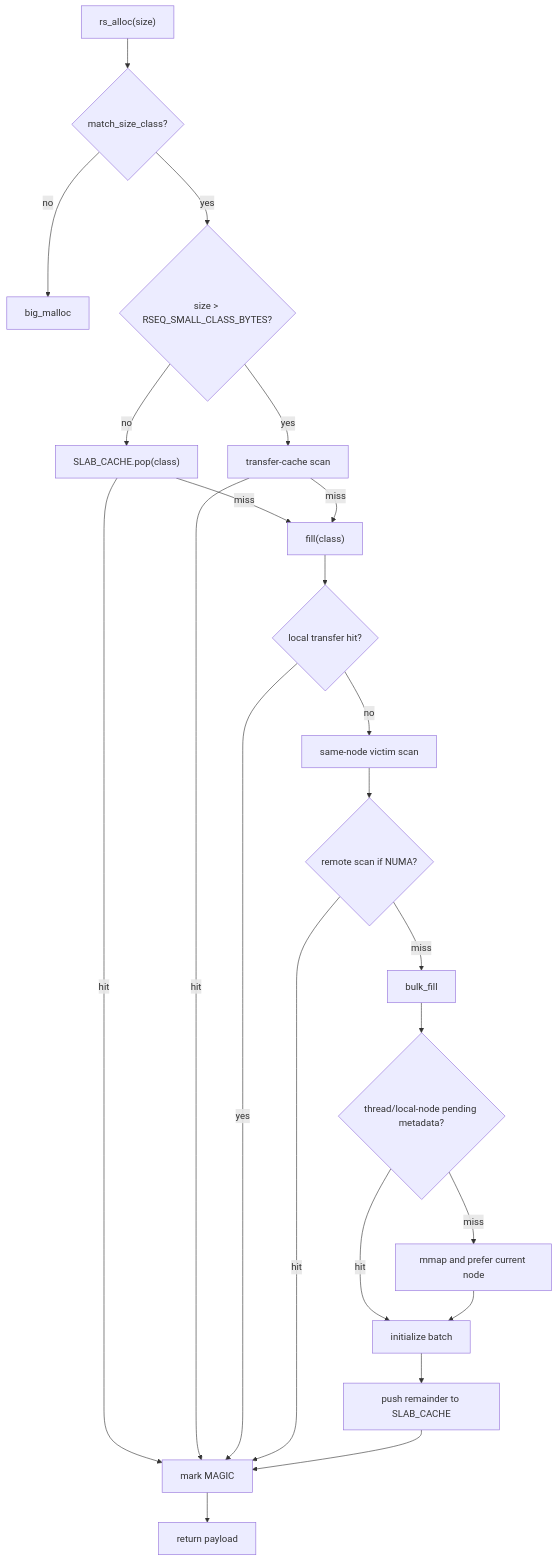
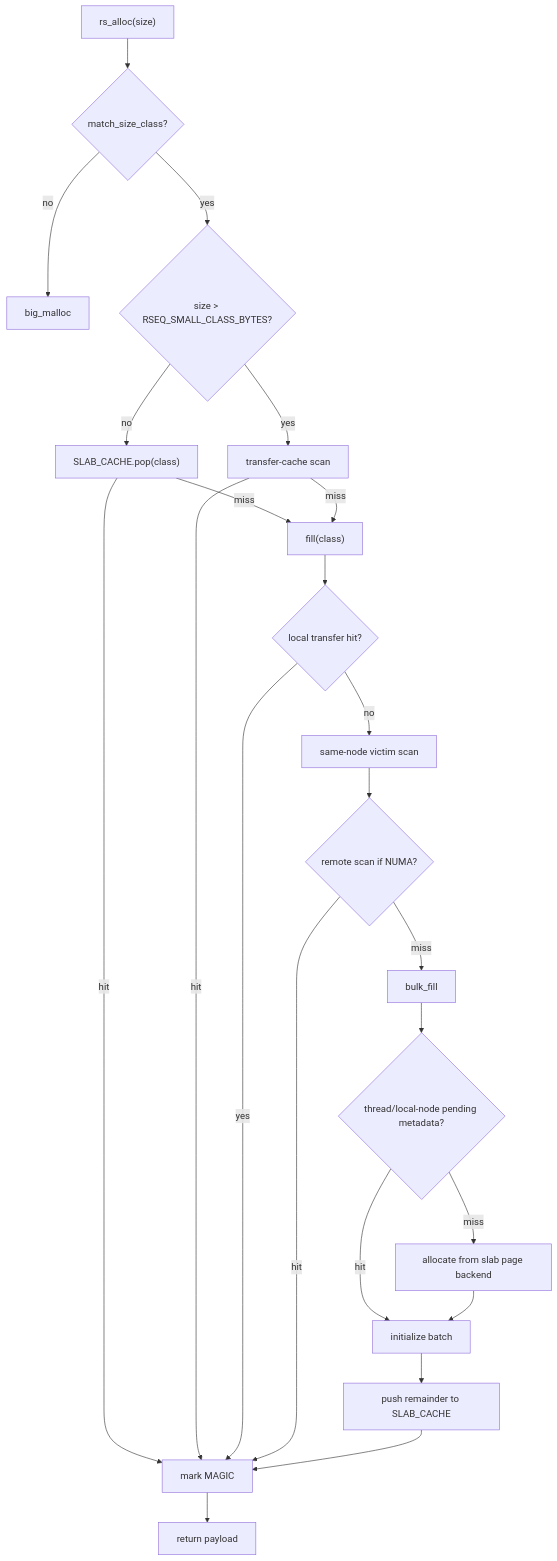
The second of 4 diagrams in architecture.md (Metehan120/rsmalloc), drawn with Mermaid before and after one commit. The commit also changed other lines of this file and 4 other files, not shown here.

Commit message:
no huge page option for page backend

````diff
--- a/architecture.md
+++ b/architecture.md
@@ -113,25 +118,25 @@
 ```mermaid
 flowchart TD
     A["rs_alloc(size)"] --> B{"match_size_class?"}
     B -- "no" --> BIG["big_malloc"]
     B -- "yes" --> C{"size > RSEQ_SMALL_CLASS_BYTES?"}
     C -- "no" --> S["SLAB_CACHE.pop(class)"]
     C -- "yes" --> T["transfer-cache scan"]
     S -- "hit" --> D["mark MAGIC"]
     T -- "hit" --> D
     S -- "miss" --> E["fill(class)"]
     T -- "miss" --> E
     E --> F{"local transfer hit?"}
     F -- "yes" --> D
     F -- "no" --> N["same-node victim scan"]
     N --> R{"remote scan if NUMA?"}
     R -- "hit" --> D
     R -- "miss" --> G["bulk_fill"]
     G --> P{"thread/local-node pending metadata?"}
     P -- "hit" --> I["initialize batch"]
-    P -- "miss" --> M["mmap and prefer current node"]
+    P -- "miss" --> M["allocate from slab page backend"]
     M --> I
     I --> H["push remainder to SLAB_CACHE"]
     H --> D
     D --> RET["return payload"]
 ```
````
